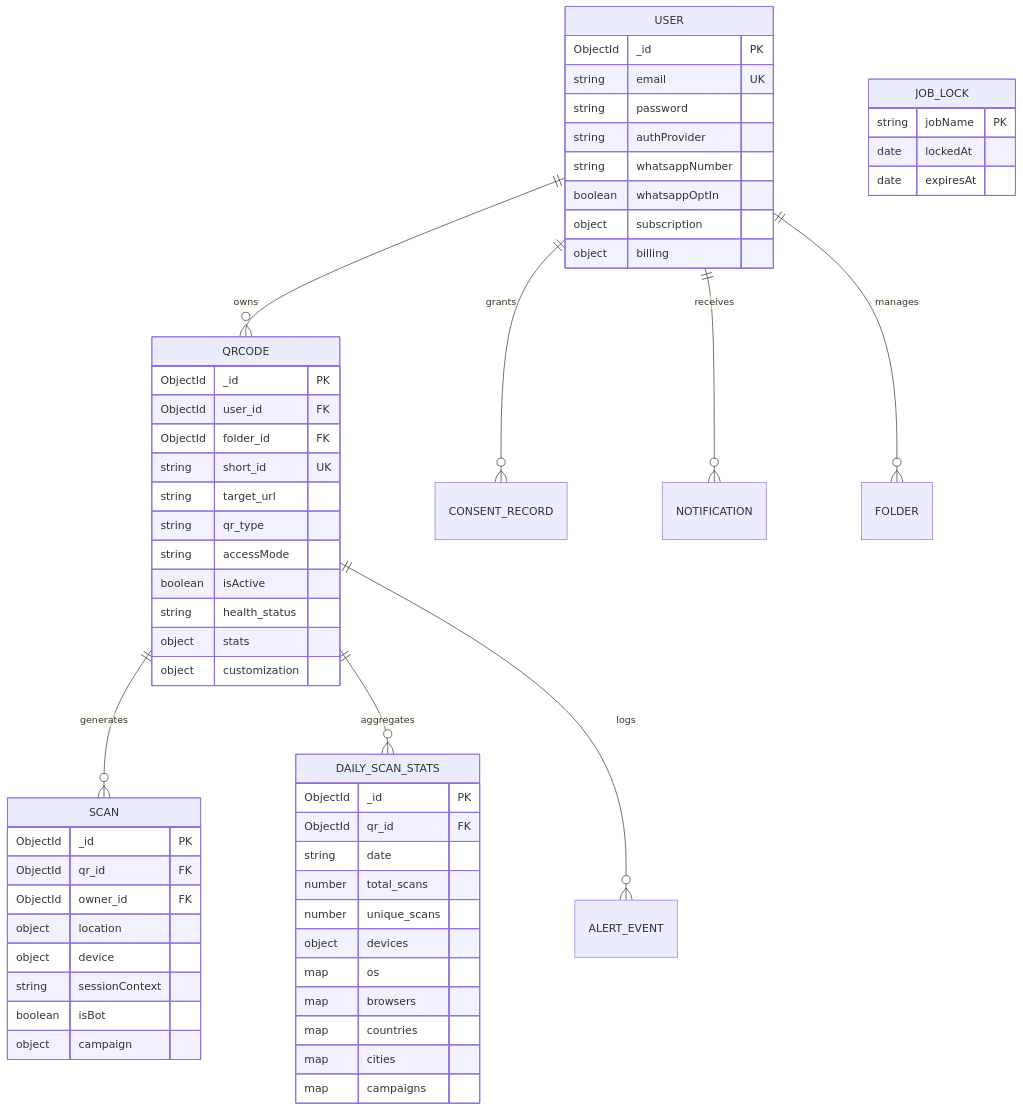
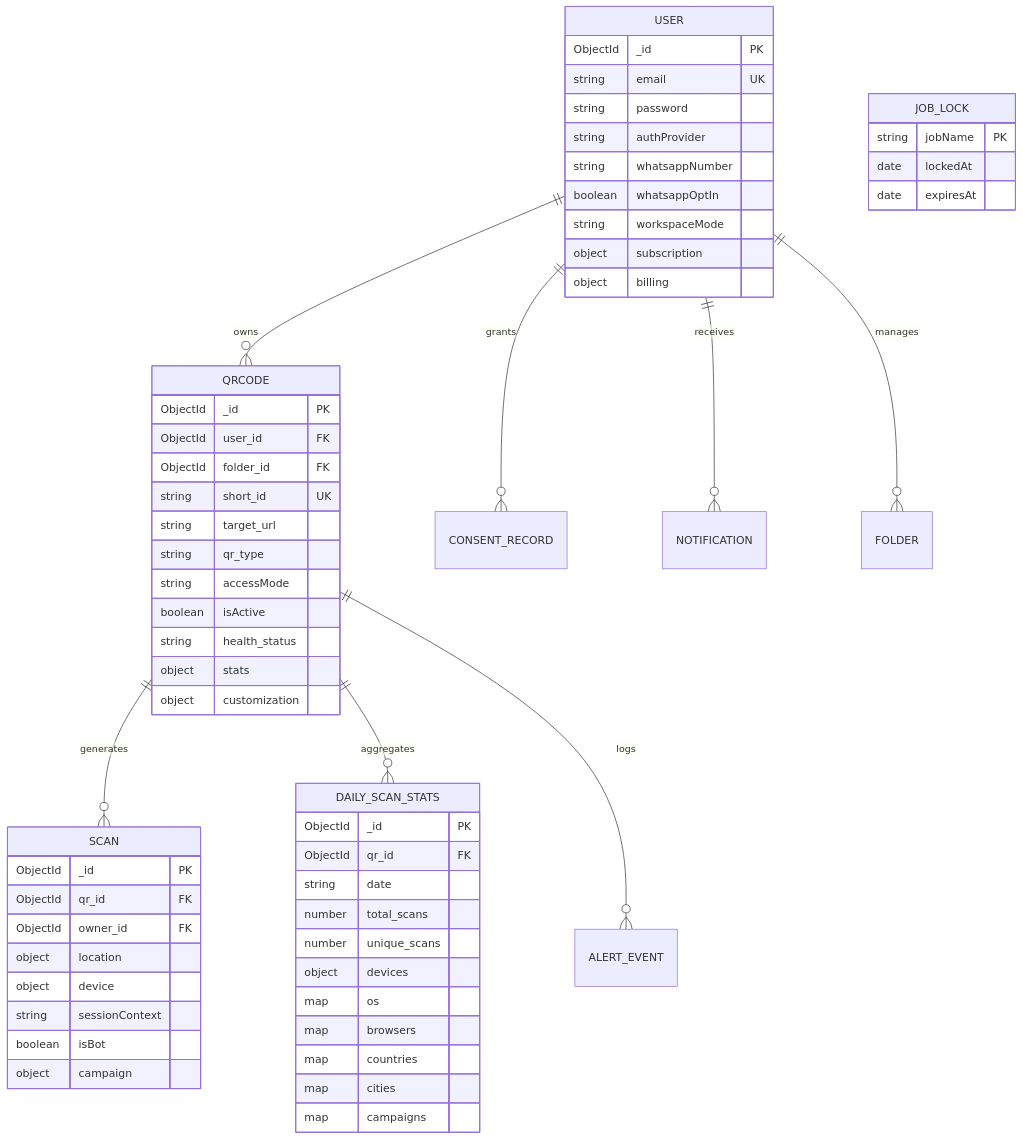
One commit to NovelCoder24/qrcode changed the second of 2 diagrams in Context/Architecture_context.md. Above: the diagram before and after it, drawn with Mermaid. The commit also changed other lines of this file and 19 other files, not shown here.

````diff
--- a/Context/Architecture_context.md
+++ b/Context/Architecture_context.md
@@ -109,66 +109,67 @@
 ```mermaid
 erDiagram
     USER ||--o{ QRCODE : owns
     USER ||--o{ CONSENT_RECORD : grants
     USER ||--o{ NOTIFICATION : receives
     USER ||--o{ FOLDER : manages
     QRCODE ||--o{ SCAN : generates
     QRCODE ||--o{ DAILY_SCAN_STATS : aggregates
     QRCODE ||--o{ ALERT_EVENT : logs
     
     USER {
         ObjectId _id PK
         string email UK
         string password
         string authProvider
         string whatsappNumber
         boolean whatsappOptIn
+        string workspaceMode
         object subscription
         object billing
     }
     
     QRCODE {
         ObjectId _id PK
         ObjectId user_id FK
         ObjectId folder_id FK
         string short_id UK
         string target_url
         string qr_type
         string accessMode
         boolean isActive
         string health_status
         object stats
         object customization
     }
     
     DAILY_SCAN_STATS {
         ObjectId _id PK
         ObjectId qr_id FK
         string date
         number total_scans
         number unique_scans
         object devices
         map os
         map browsers
         map countries
         map cities
         map campaigns
     }
     
     SCAN {
         ObjectId _id PK
         ObjectId qr_id FK
         ObjectId owner_id FK
         object location
         object device
         string sessionContext
         boolean isBot
         object campaign
     }
     
     JOB_LOCK {
         string jobName PK
         date lockedAt
         date expiresAt
     }
 ```
````
